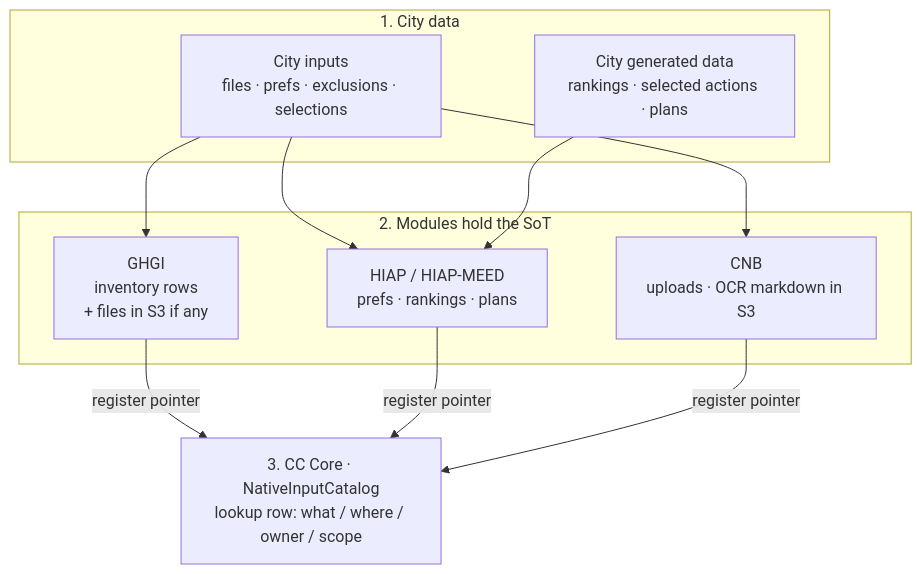
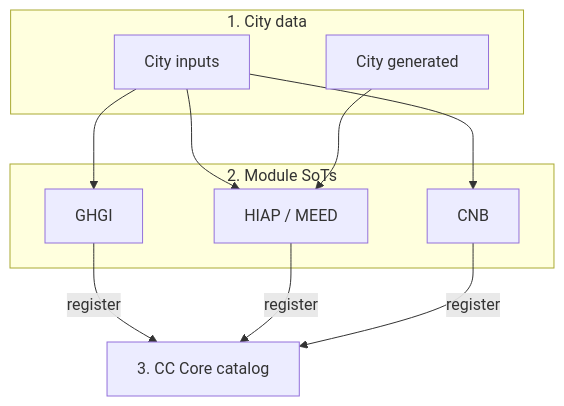
The first of 3 diagrams in docs/NativeDocumentStorageArchitecture.md (Open-Earth-Foundation/CityCatalyst), drawn with Mermaid before and after one commit. The commit also changed other lines of this file, not shown here.

First line of the commit message:
docs(CC-553): address Mirco follow-up on scope and Path B

````diff
--- a/docs/NativeDocumentStorageArchitecture.md
+++ b/docs/NativeDocumentStorageArchitecture.md
@@ -92,24 +94,24 @@
 ```mermaid
 flowchart TB
   subgraph CityData["1. City data"]
-    Inputs["City inputs<br/>files · prefs · exclusions · selections"]
-    Generated["City generated data<br/>rankings · selected actions · plans"]
+    Inputs["City inputs"]
+    Generated["City generated"]
   end
 
-  subgraph Modules["2. Modules hold the SoT"]
-    GHGI["GHGI<br/>inventory rows<br/>+ files in S3 if any"]
-    HIAP["HIAP / HIAP-MEED<br/>prefs · rankings · plans"]
-    CNB["CNB<br/>uploads · OCR markdown in S3"]
+  subgraph Modules["2. Module SoTs"]
+    GHGI["GHGI"]
+    HIAP["HIAP / MEED"]
+    CNB["CNB"]
   end
 
-  Catalog["3. CC Core · NativeInputCatalog<br/>lookup row: what / where / owner / scope"]
+  Catalog["3. CC Core catalog"]
 
   Inputs --> GHGI
   Inputs --> HIAP
   Inputs --> CNB
   Generated --> HIAP
 
-  GHGI -->|"register pointer"| Catalog
-  HIAP -->|"register pointer"| Catalog
-  CNB -->|"register pointer"| Catalog
+  GHGI -->|register| Catalog
+  HIAP -->|register| Catalog
+  CNB -->|register| Catalog
 ```
````
